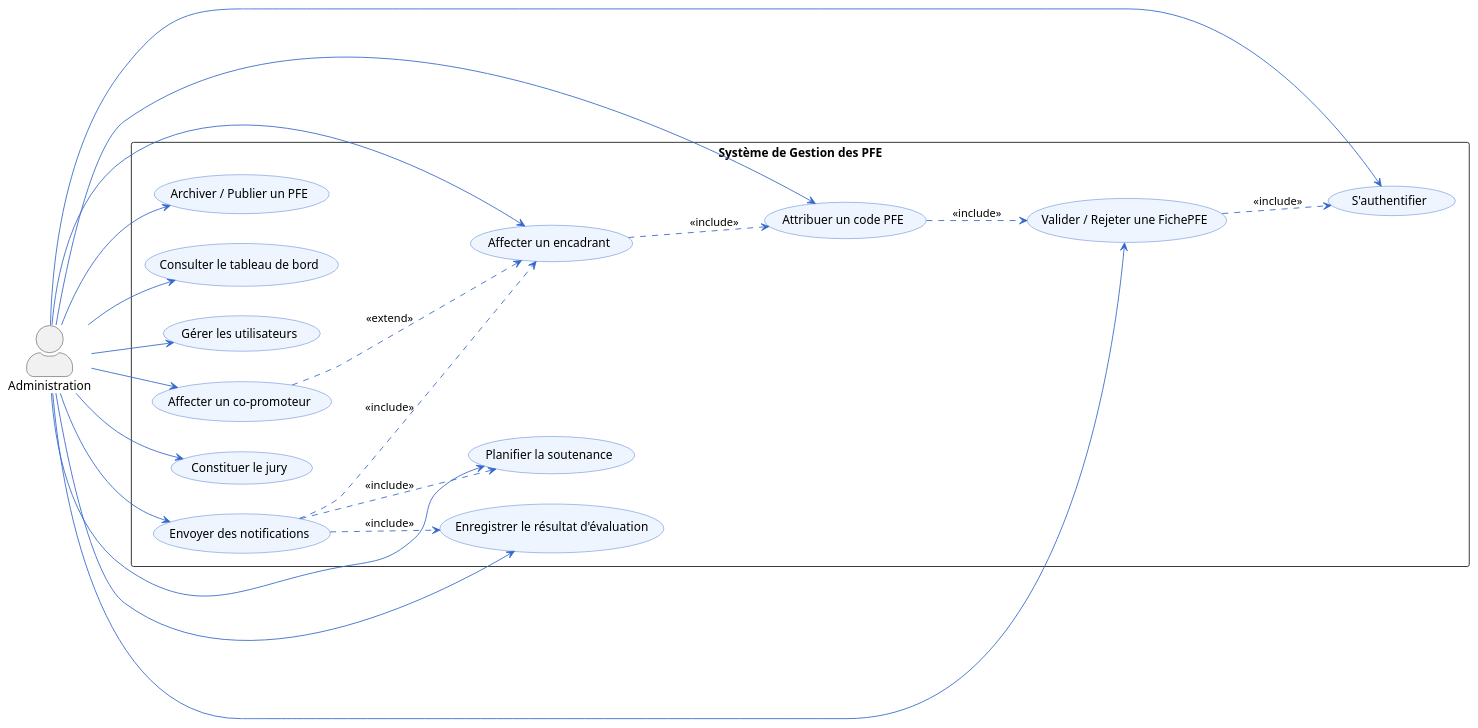
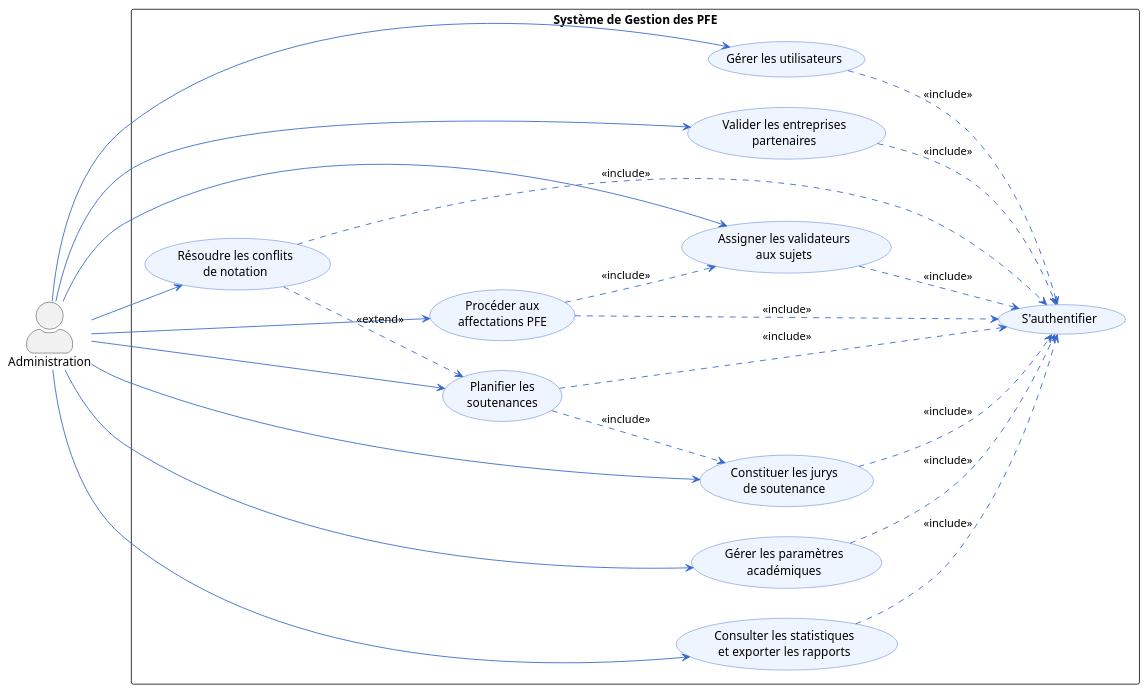
The diagram in diagrams/uc-administration.puml (rhpo/pfe-enhanced), drawn with PlantUML before and after one commit. The commit also changed 50 other files, not shown here.

Commit message:
Chapter 3 conception, UML diagrams, bibliography fixes and figure sizing

```diff
--- a/diagrams/uc-administration.puml
+++ b/diagrams/uc-administration.puml
@@ -1,48 +1,49 @@
 @startuml
 left to right direction
 skinparam actorStyle awesome
 skinparam packageStyle rectangle
 skinparam usecase {
   BackgroundColor #EEF5FF
   BorderColor #3366CC
   ArrowColor #3366CC
 }
 
 actor "Administration" as A
 
 rectangle "Système de Gestion des PFE" {
-  usecase "S'authentifier" as UC1
-  usecase "Valider / Rejeter une FichePFE" as UC2
-  usecase "Attribuer un code PFE" as UC3
-  usecase "Affecter un encadrant" as UC4
-  usecase "Affecter un co-promoteur" as UC5
-  usecase "Constituer le jury" as UC6
-  usecase "Planifier la soutenance" as UC7
-  usecase "Envoyer des notifications" as UC8
-  usecase "Enregistrer le résultat d'évaluation" as UC9
-  usecase "Archiver / Publier un PFE" as UC10
-  usecase "Consulter le tableau de bord" as UC11
-  usecase "Gérer les utilisateurs" as UC12
+  usecase "S'authentifier" as AUTH
+  usecase "Gérer les utilisateurs" as UC1
+  usecase "Valider les entreprises\npartenaires" as UC2
+  usecase "Assigner les validateurs\naux sujets" as UC3
+  usecase "Procéder aux\naffectations PFE" as UC4
+  usecase "Constituer les jurys\nde soutenance" as UC5
+  usecase "Planifier les\nsoutenances" as UC6
+  usecase "Résoudre les conflits\nde notation" as UC7
+  usecase "Gérer les paramètres\nacadémiques" as UC8
+  usecase "Consulter les statistiques\net exporter les rapports" as UC9
 }
 
 A --> UC1
 A --> UC2
 A --> UC3
 A --> UC4
 A --> UC5
 A --> UC6
 A --> UC7
 A --> UC8
 A --> UC9
-A --> UC10
-A --> UC11
-A --> UC12
 
-UC2 ..> UC1 : <<include>>
-UC3 ..> UC2 : <<include>>
+UC1 ..> AUTH : <<include>>
+UC2 ..> AUTH : <<include>>
+UC3 ..> AUTH : <<include>>
+UC4 ..> AUTH : <<include>>
+UC5 ..> AUTH : <<include>>
+UC6 ..> AUTH : <<include>>
+UC7 ..> AUTH : <<include>>
+UC8 ..> AUTH : <<include>>
+UC9 ..> AUTH : <<include>>
+
+UC6 ..> UC5 : <<include>>
+UC7 ..> UC6 : <<extend>>
 UC4 ..> UC3 : <<include>>
-UC5 ..> UC4 : <<extend>>
-UC8 ..> UC4 : <<include>>
-UC8 ..> UC7 : <<include>>
-UC8 ..> UC9 : <<include>>
 @enduml
```
